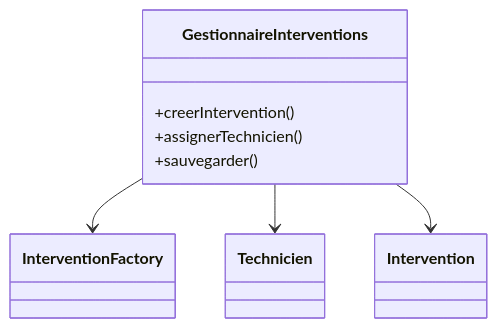
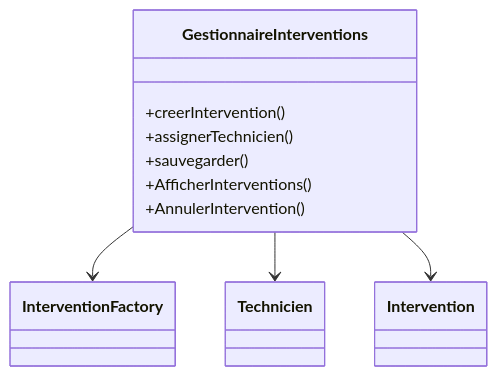
One commit to rolm0123456789/DesignPatternProjet changed the third of 5 diagrams in UML.md. Above: the diagram before and after it, drawn with Mermaid. The commit also changed other lines of this file and 2 other files, not shown here.

Commit message:
Ajout du décorateur PiecesJointesDecorator pour gérer les pièces jointes aux interventions; mise à jour de la documentation UML et README.md pour refléter les nouvelles fonctionnalités.

````diff
--- a/UML.md
+++ b/UML.md
@@ -51,14 +79,16 @@
 ```mermaid
 classDiagram
     class GestionnaireInterventions {
         +creerIntervention()
         +assignerTechnicien()
         +sauvegarder()
+        +AfficherInterventions()
+        +AnnulerIntervention()
     }
     class InterventionFactory
     class Technicien
     class Intervention
     GestionnaireInterventions --> InterventionFactory
     GestionnaireInterventions --> Technicien
     GestionnaireInterventions --> Intervention
 ```
````
